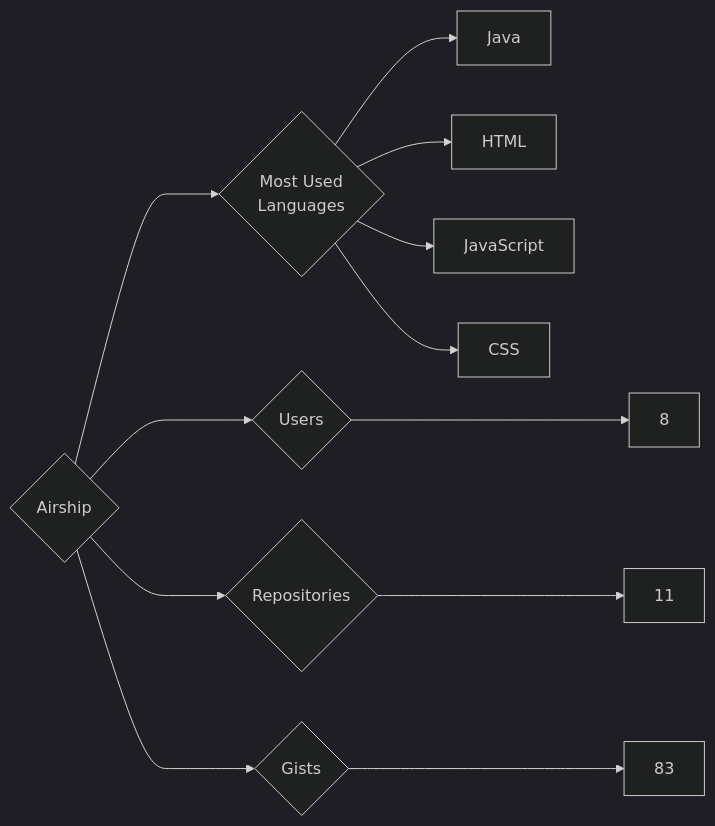
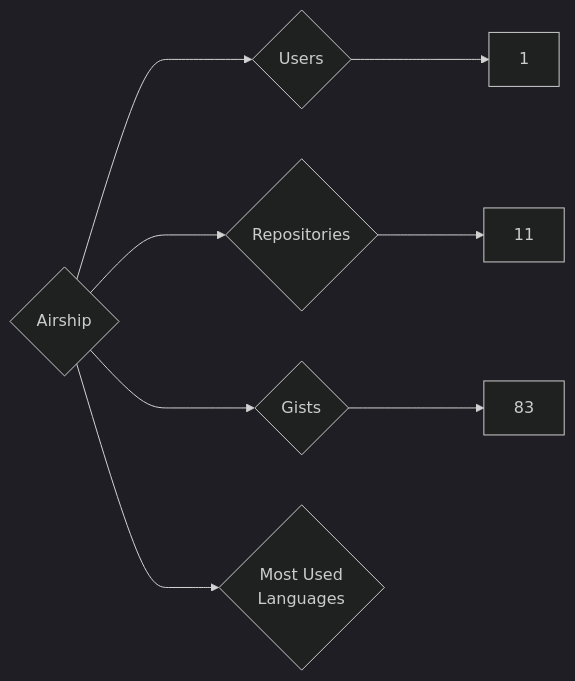
Before and after one commit to trickest/insiders: the diagram in targets/Airship/README.md, drawn with Mermaid (dark theme). The commit also changed 891 other files, not shown here.

````diff
--- a/targets/Airship/README.md
+++ b/targets/Airship/README.md
@@ -3,12 +3,8 @@
 ```mermaid
 graph LR
 COMPANY_NAME{Airship}
-COMPANY_NAME ---> U{Users} ---> UN[8]
+COMPANY_NAME ---> U{Users} ---> UN[1]
 COMPANY_NAME ---> R{Repositories} ---> RN[11]
 COMPANY_NAME ---> G{Gists} ---> GN[83]
 COMPANY_NAME ---> ML{Most Used<br>Languages}
-ML --> Java[Java]
-ML --> HTML[HTML]
-ML --> JavaScript[JavaScript]
-ML --> CSS[CSS]
 ```
````
